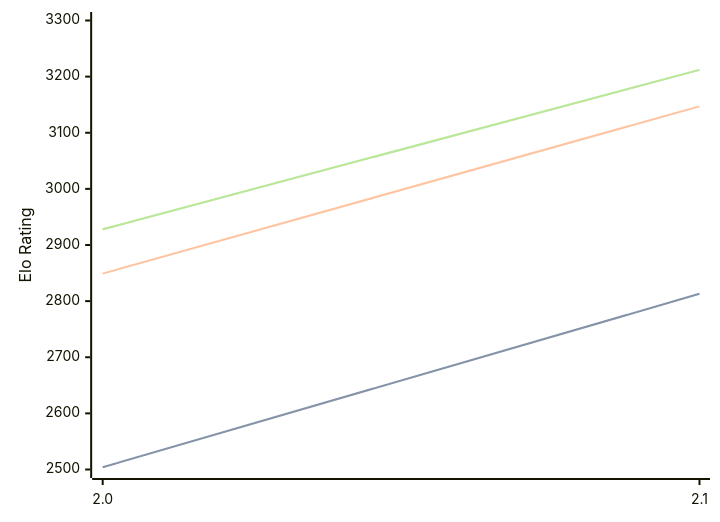
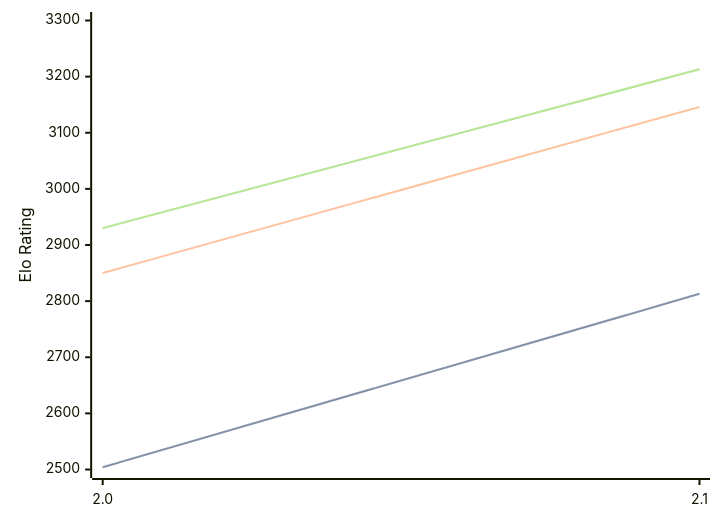
One commit to computer-chess-index/cci changed the diagram in engines/Tunguska.md. Above: the diagram before and after it, drawn with Mermaid. The commit also changed other lines of this file, not shown here.

Commit message:
Update CCI Ratings (ELO VLTC) - 2026-09-08

````diff
--- a/engines/Tunguska.md
+++ b/engines/Tunguska.md
@@ -32,11 +33,11 @@
 ```mermaid
 %%{init: {"theme":"base","themeVariables":{"seriesColors:['#a3a3a3','#222221','#faa371']}}}%%
 xychart-beta
   x-axis ["2.0", "2.1"]
   y-axis "Elo Rating" 2500 --> 3300
   line "" [2504, 2813]
   line "STC (8.0+0.08s)" [2504, 2813]
-  line "LTC (60.0+0.60s)" [2849, 3147]
-  line "" [2928, 3212]
-  line "VLTC (2m24s+1.12s)" [2928, 3212]
+  line "LTC (60.0+0.60s)" [2850, 3146]
+  line "" [2930, 3213]
+  line "VLTC (2m24s+1.12s)" [2930, 3213]
 ```
````
